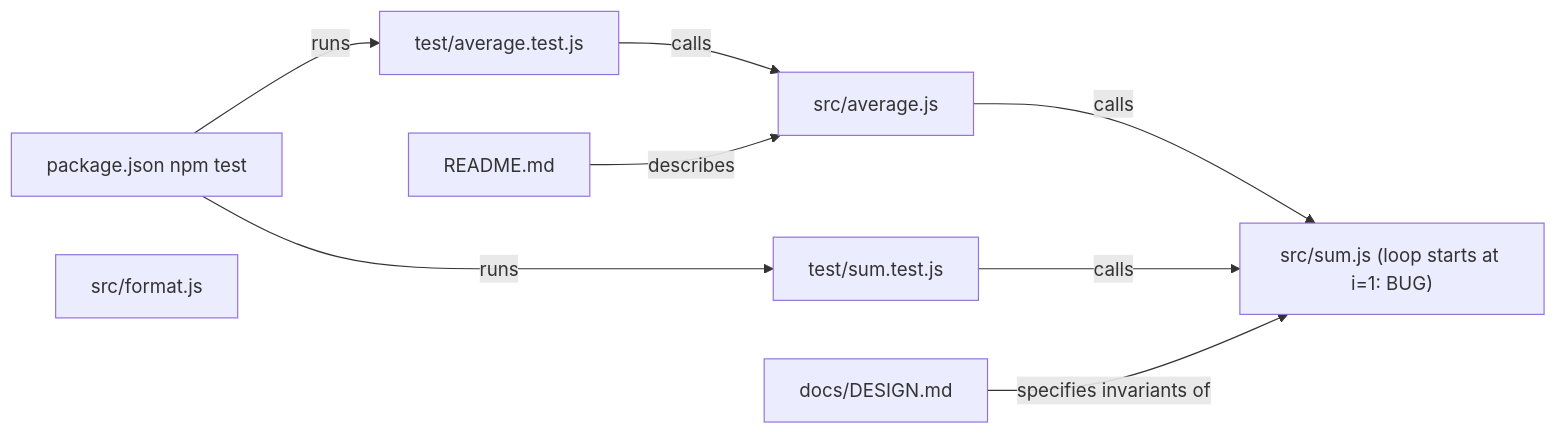
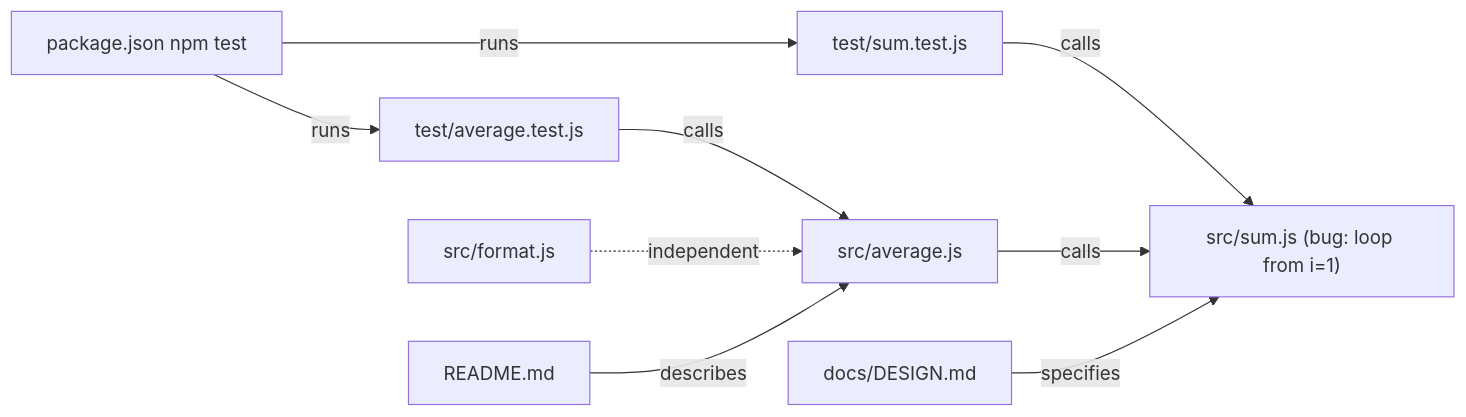
The diagram in docs/acceptance/TASK-001/system-map.md (esola-thomas/claude_code_engineering_workflow_mod), drawn with Mermaid before and after one commit. The commit also changed other lines of this file and 45 other files, not shown here.

````diff
--- a/docs/acceptance/TASK-001/system-map.md
+++ b/docs/acceptance/TASK-001/system-map.md
@@ -30,11 +30,11 @@
 ```mermaid
 flowchart LR
-  Test_avg["test/average.test.js"] -->|calls| Avg["src/average.js"]
-  Avg -->|calls| Sum["src/sum.js (loop starts at i=1: BUG)"]
-  Test_sum["test/sum.test.js"] -->|calls| Sum
-  Design["docs/DESIGN.md"] -->|specifies invariants of| Sum
+  AvgTest["test/average.test.js"] -->|calls| Avg["src/average.js"]
+  SumTest["test/sum.test.js"] -->|calls| Sum["src/sum.js (bug: loop from i=1)"]
+  Avg -->|calls| Sum
+  Fmt["src/format.js"] -.->|independent| Avg
+  Pkg["package.json npm test"] -->|runs| AvgTest
+  Pkg -->|runs| SumTest
+  Design["docs/DESIGN.md"] -->|specifies| Sum
   Readme["README.md"] -->|describes| Avg
-  Pkg["package.json npm test"] -->|runs| Test_avg
-  Pkg -->|runs| Test_sum
-  Fmt["src/format.js"]
 ```
````
